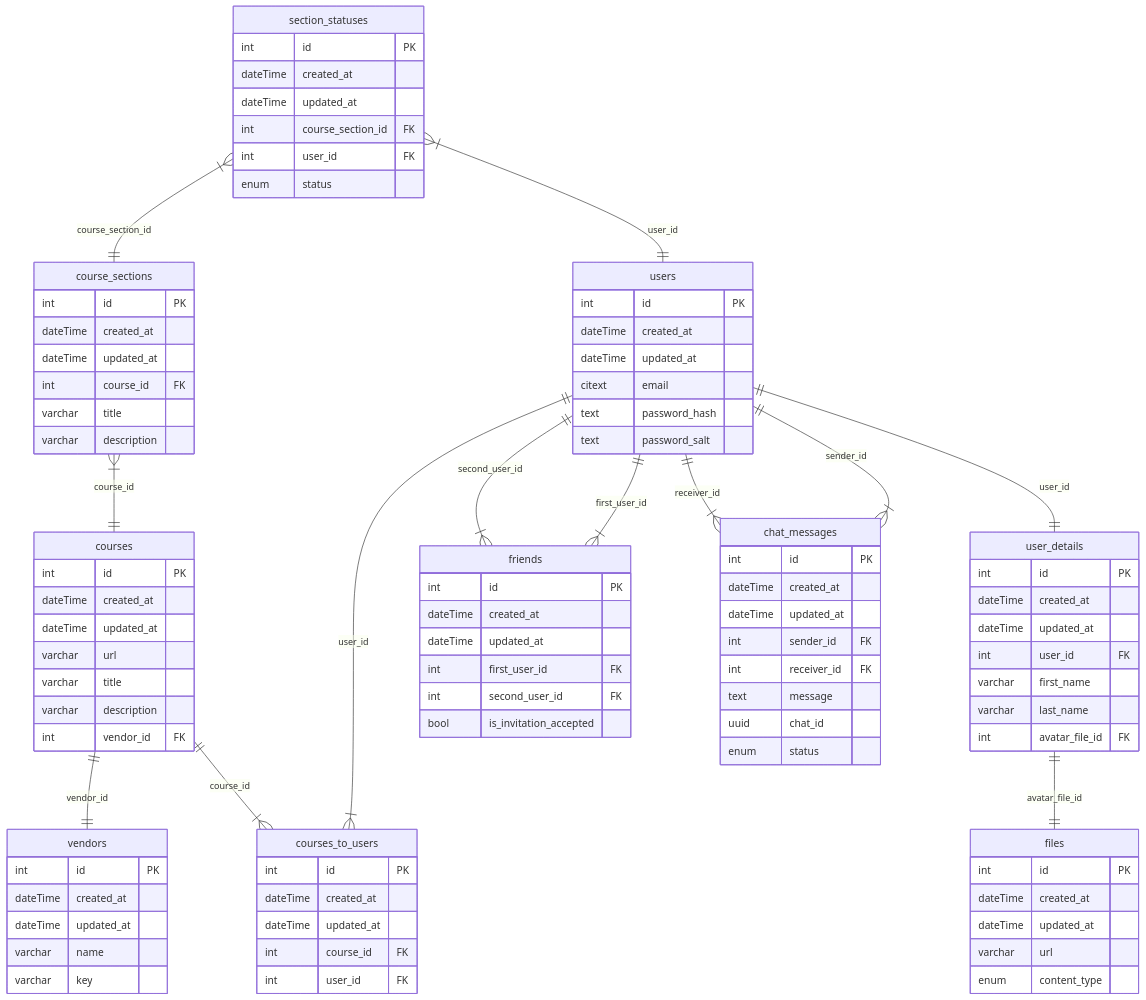
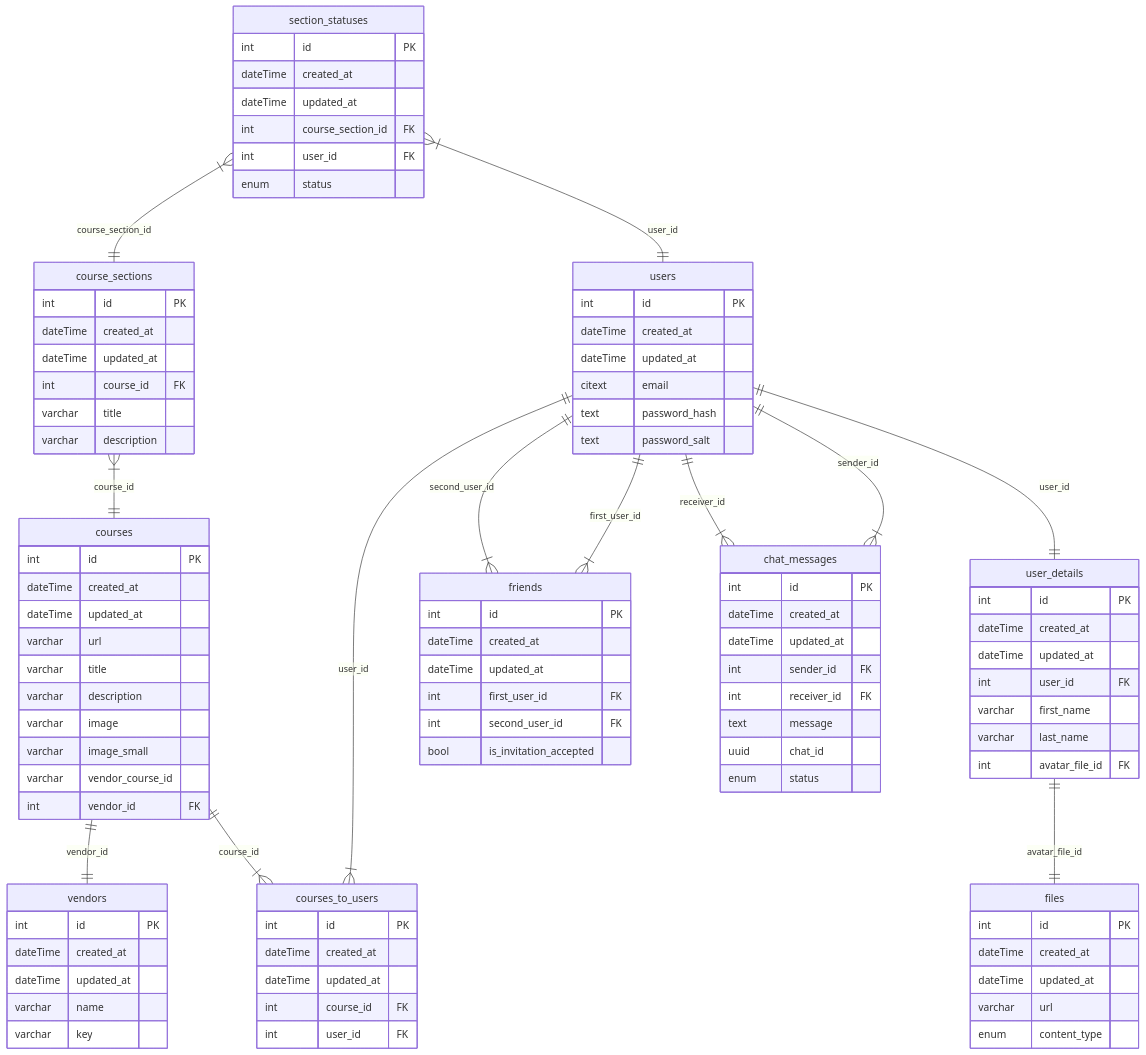
The diagram in readme.md (BinaryStudioAcademy/bsa-winter-2023-2024-trackmates), drawn with Mermaid before and after one commit.

Commit message:
fix: change BD schema in read.me tm-27

```diff
--- a/readme.md
+++ b/readme.md
@@ -51,6 +51,9 @@
     varchar url
     varchar title
     varchar description
+    varchar image
+    varchar image_small
+    varchar vendor_course_id
     int vendor_id FK
    }
 
```
